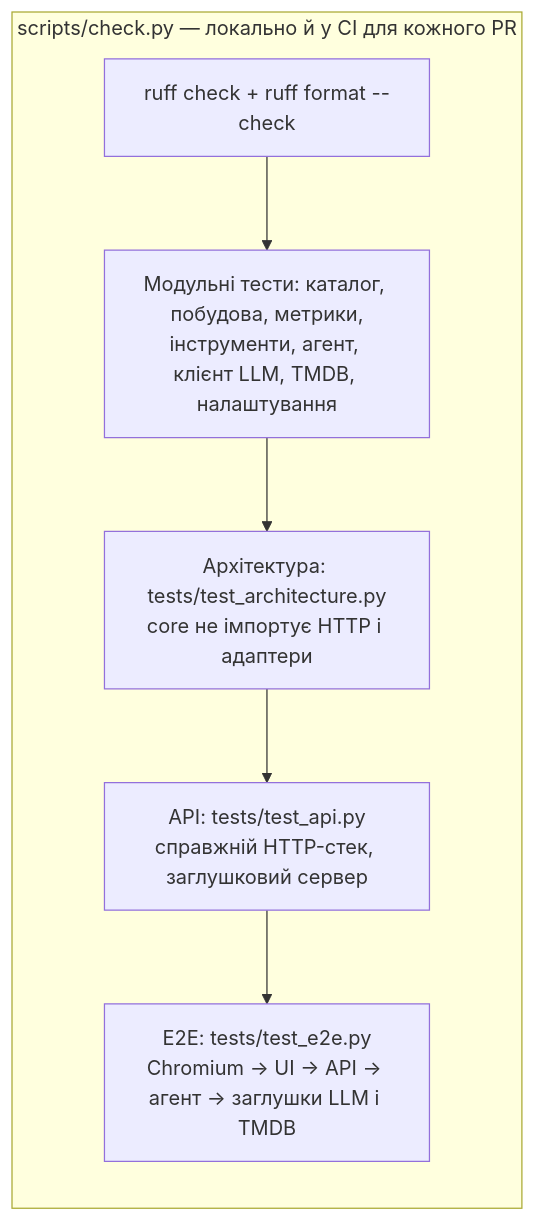
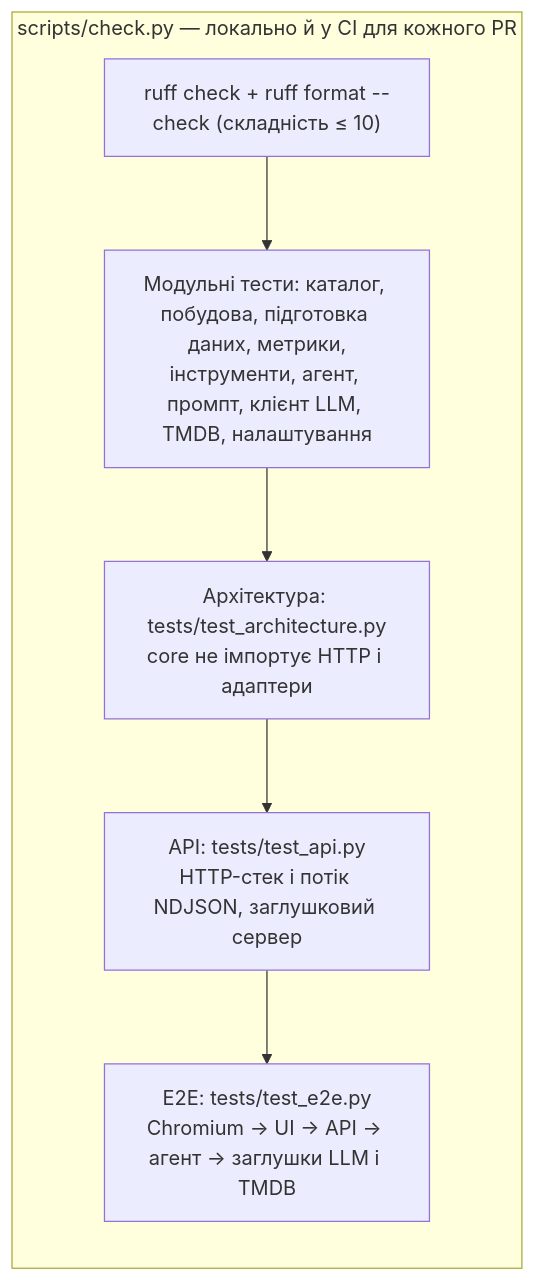
Before and after one commit to woldemarg/movie_rs: the fourth of 4 diagrams in docs/05-e2e-workflow.md, drawn with Mermaid. The commit also changed other lines of this file and 15 other files, not shown here.

````diff
--- a/docs/05-e2e-workflow.md
+++ b/docs/05-e2e-workflow.md
@@ -154,12 +154,12 @@
 ```mermaid
 flowchart TB
     subgraph gate["scripts/check.py — локально й у CI для кожного PR"]
         direction TB
-        lint["ruff check + ruff format --check"]
-        unit["Модульні тести: каталог, побудова, метрики,<br/>інструменти, агент, клієнт LLM, TMDB, налаштування"]
+        lint["ruff check + ruff format --check (складність ≤ 10)"]
+        unit["Модульні тести: каталог, побудова, підготовка даних, метрики,<br/>інструменти, агент, промпт, клієнт LLM, TMDB, налаштування"]
         arch["Архітектура: tests/test_architecture.py<br/>core не імпортує HTTP і адаптери"]
-        api["API: tests/test_api.py<br/>справжній HTTP-стек, заглушковий сервер"]
+        api["API: tests/test_api.py<br/>HTTP-стек і потік NDJSON, заглушковий сервер"]
         e2e["E2E: tests/test_e2e.py<br/>Chromium → UI → API → агент → заглушки LLM і TMDB"]
         lint --> unit --> arch --> api --> e2e
     end
 ```
````
